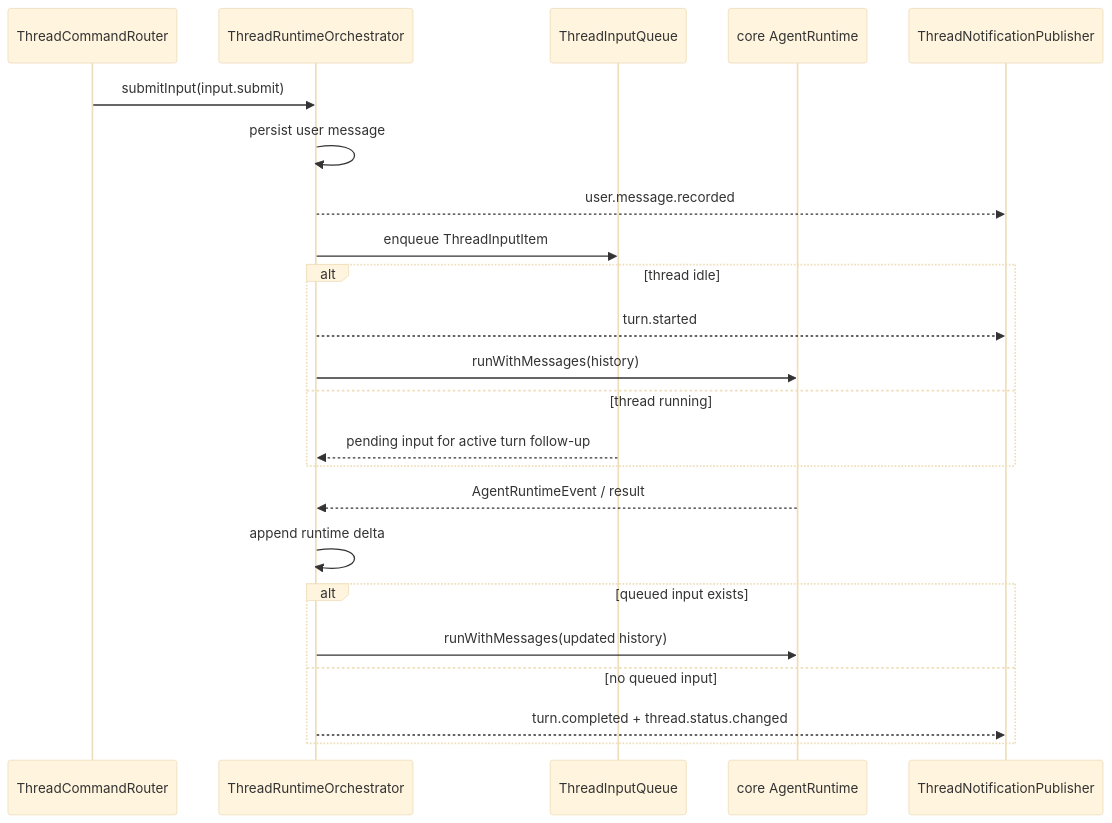
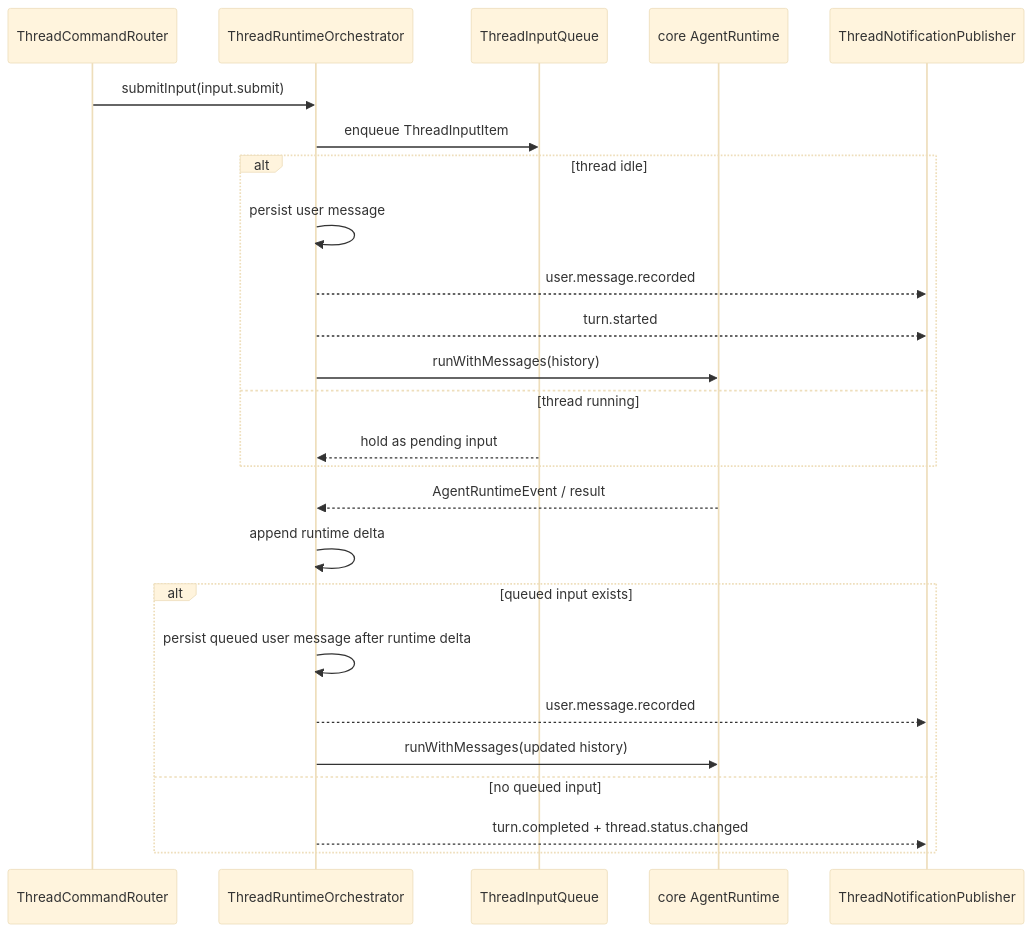
One commit to Lixuhang987/SpotAgent changed the diagram in apps/agent-server/src/thread/thread.md. Above: the diagram before and after it, drawn with Mermaid (base theme). The commit also changed other lines of this file and 10 other files, not shown here.

Commit message:
Fix running input queue ordering

````diff
--- a/apps/agent-server/src/thread/thread.md
+++ b/apps/agent-server/src/thread/thread.md
@@ -23,26 +23,28 @@
 ```mermaid
 sequenceDiagram
   participant Router as ThreadCommandRouter
   participant Orchestrator as ThreadRuntimeOrchestrator
   participant Queue as ThreadInputQueue
   participant Runtime as core AgentRuntime
   participant Publisher as ThreadNotificationPublisher
 
   Router->>Orchestrator: submitInput(input.submit)
-  Orchestrator->>Orchestrator: persist user message
-  Orchestrator-->>Publisher: user.message.recorded
   Orchestrator->>Queue: enqueue ThreadInputItem
   alt thread idle
+    Orchestrator->>Orchestrator: persist user message
+    Orchestrator-->>Publisher: user.message.recorded
     Orchestrator-->>Publisher: turn.started
     Orchestrator->>Runtime: runWithMessages(history)
   else thread running
-    Queue-->>Orchestrator: pending input for active turn follow-up
+    Queue-->>Orchestrator: hold as pending input
   end
   Runtime-->>Orchestrator: AgentRuntimeEvent / result
   Orchestrator->>Orchestrator: append runtime delta
   alt queued input exists
+    Orchestrator->>Orchestrator: persist queued user message after runtime delta
+    Orchestrator-->>Publisher: user.message.recorded
     Orchestrator->>Runtime: runWithMessages(updated history)
   else no queued input
     Orchestrator-->>Publisher: turn.completed + thread.status.changed
   end
 ```
````
